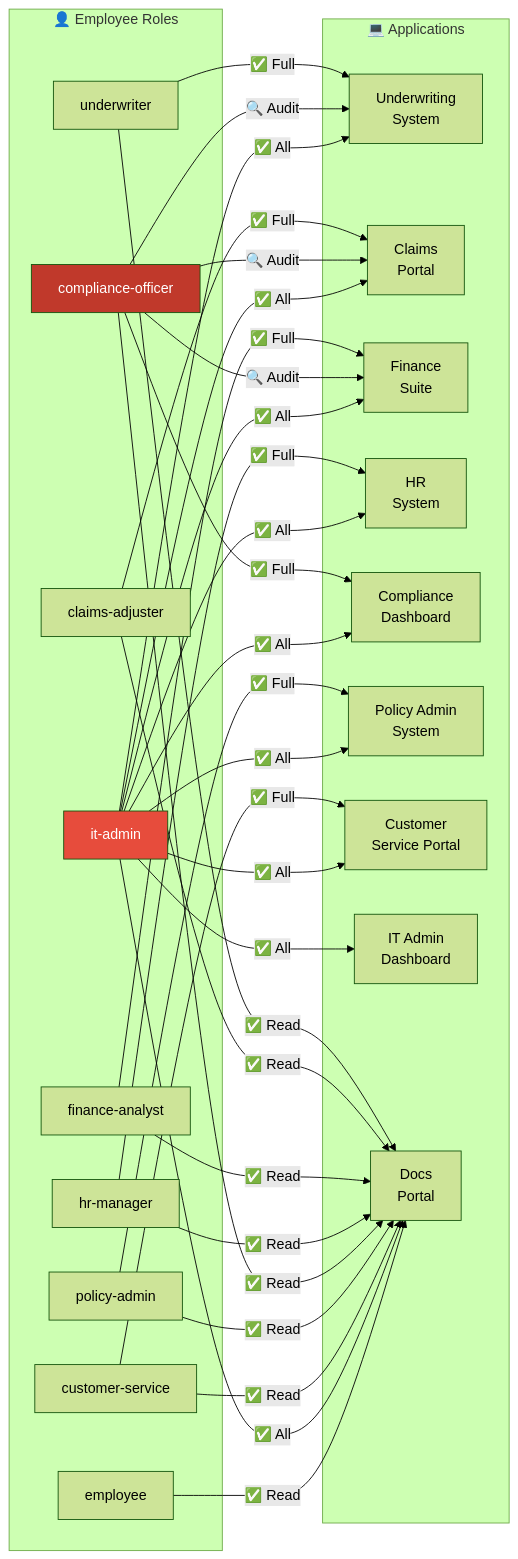
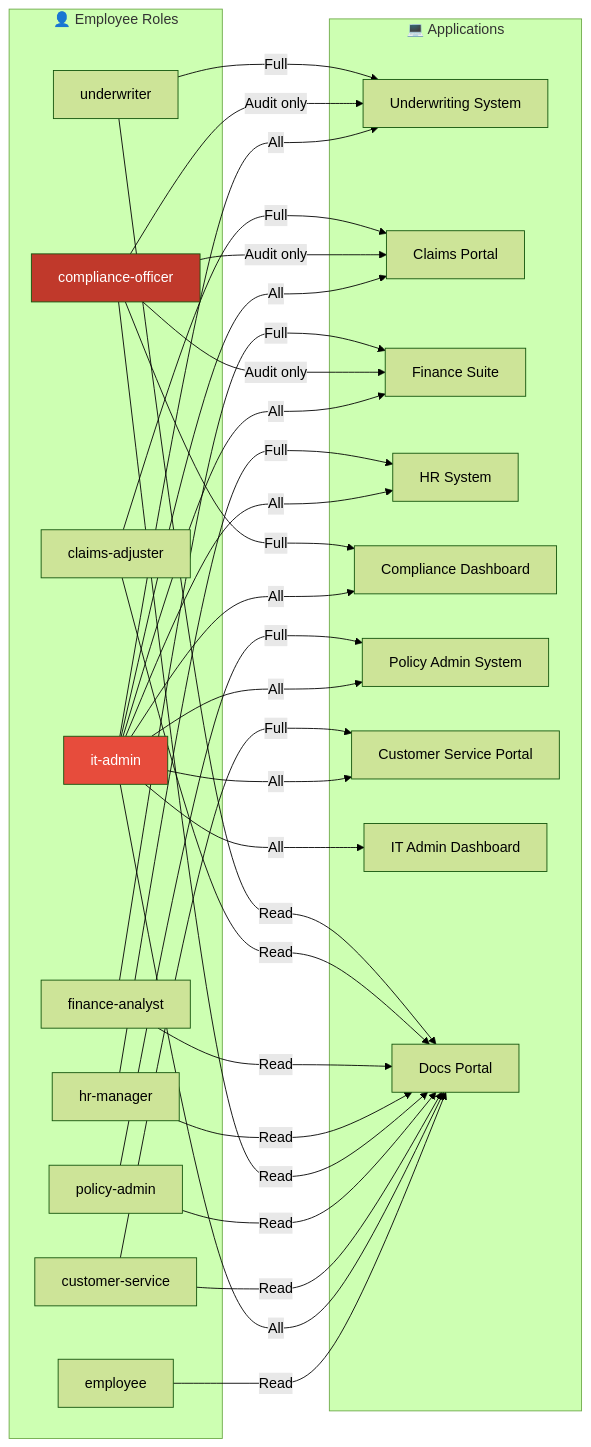
The ninth of 21 diagrams in docs/INSURANCE-SSO-DESIGN.md (Mannokuruba/sso-keyclock), drawn with Mermaid (forest theme) before and after one commit. The commit also changed other lines of this file, not shown here.

Commit message:
fix: resolve Mermaid parse errors in insurance SSO diagrams

````diff
--- a/docs/INSURANCE-SSO-DESIGN.md
+++ b/docs/INSURANCE-SSO-DESIGN.md
@@ -398,57 +383,57 @@
 ```mermaid
 graph LR
     subgraph ROLES["👤 Employee Roles"]
-        R1[underwriter]
-        R2[claims-adjuster]
-        R3[finance-analyst]
-        R4[hr-manager]
-        R5[compliance-officer]
-        R6[policy-admin]
-        R7[customer-service]
-        R8[it-admin]
-        R9[employee]
+        R1["underwriter"]
+        R2["claims-adjuster"]
+        R3["finance-analyst"]
+        R4["hr-manager"]
+        R5["compliance-officer"]
+        R6["policy-admin"]
+        R7["customer-service"]
+        R8["it-admin"]
+        R9["employee"]
     end
 
     subgraph APPS["💻 Applications"]
-        A1[Underwriting\nSystem]
-        A2[Claims\nPortal]
-        A3[Finance\nSuite]
-        A4[HR\nSystem]
-        A5[Compliance\nDashboard]
-        A6[Policy Admin\nSystem]
-        A7[Customer\nService Portal]
-        A8[IT Admin\nDashboard]
-        A9[Docs\nPortal]
+        A1["Underwriting System"]
+        A2["Claims Portal"]
+        A3["Finance Suite"]
+        A4["HR System"]
+        A5["Compliance Dashboard"]
+        A6["Policy Admin System"]
+        A7["Customer Service Portal"]
+        A8["IT Admin Dashboard"]
+        A9["Docs Portal"]
     end
 
-    R1 -->|✅ Full| A1
-    R1 -->|✅ Read| A9
-    R2 -->|✅ Full| A2
-    R2 -->|✅ Read| A9
-    R3 -->|✅ Full| A3
-    R3 -->|✅ Read| A9
-    R4 -->|✅ Full| A4
-    R4 -->|✅ Read| A9
-    R5 -->|✅ Full| A5
-    R5 -->|🔍 Audit| A1
-    R5 -->|🔍 Audit| A2
-    R5 -->|🔍 Audit| A3
-    R5 -->|✅ Read| A9
-    R6 -->|✅ Full| A6
-    R6 -->|✅ Read| A9
-    R7 -->|✅ Full| A7
-    R7 -->|✅ Read| A9
-    R8 -->|✅ All| A1
-    R8 -->|✅ All| A2
-    R8 -->|✅ All| A3
-    R8 -->|✅ All| A4
-    R8 -->|✅ All| A5
-    R8 -->|✅ All| A6
-    R8 -->|✅ All| A7
-    R8 -->|✅ All| A8
-    R8 -->|✅ All| A9
-    R9 -->|✅ Read| A9
+    R1 -->|Full| A1
+    R1 -->|Read| A9
+    R2 -->|Full| A2
+    R2 -->|Read| A9
+    R3 -->|Full| A3
+    R3 -->|Read| A9
+    R4 -->|Full| A4
+    R4 -->|Read| A9
+    R5 -->|Full| A5
+    R5 -->|Audit only| A1
+    R5 -->|Audit only| A2
+    R5 -->|Audit only| A3
+    R5 -->|Read| A9
+    R6 -->|Full| A6
+    R6 -->|Read| A9
+    R7 -->|Full| A7
+    R7 -->|Read| A9
+    R8 -->|All| A1
+    R8 -->|All| A2
+    R8 -->|All| A3
+    R8 -->|All| A4
+    R8 -->|All| A5
+    R8 -->|All| A6
+    R8 -->|All| A7
+    R8 -->|All| A8
+    R8 -->|All| A9
+    R9 -->|Read| A9
 
     style R8 fill:#e74c3c,color:#fff
     style R5 fill:#c0392b,color:#fff
 ```
````
